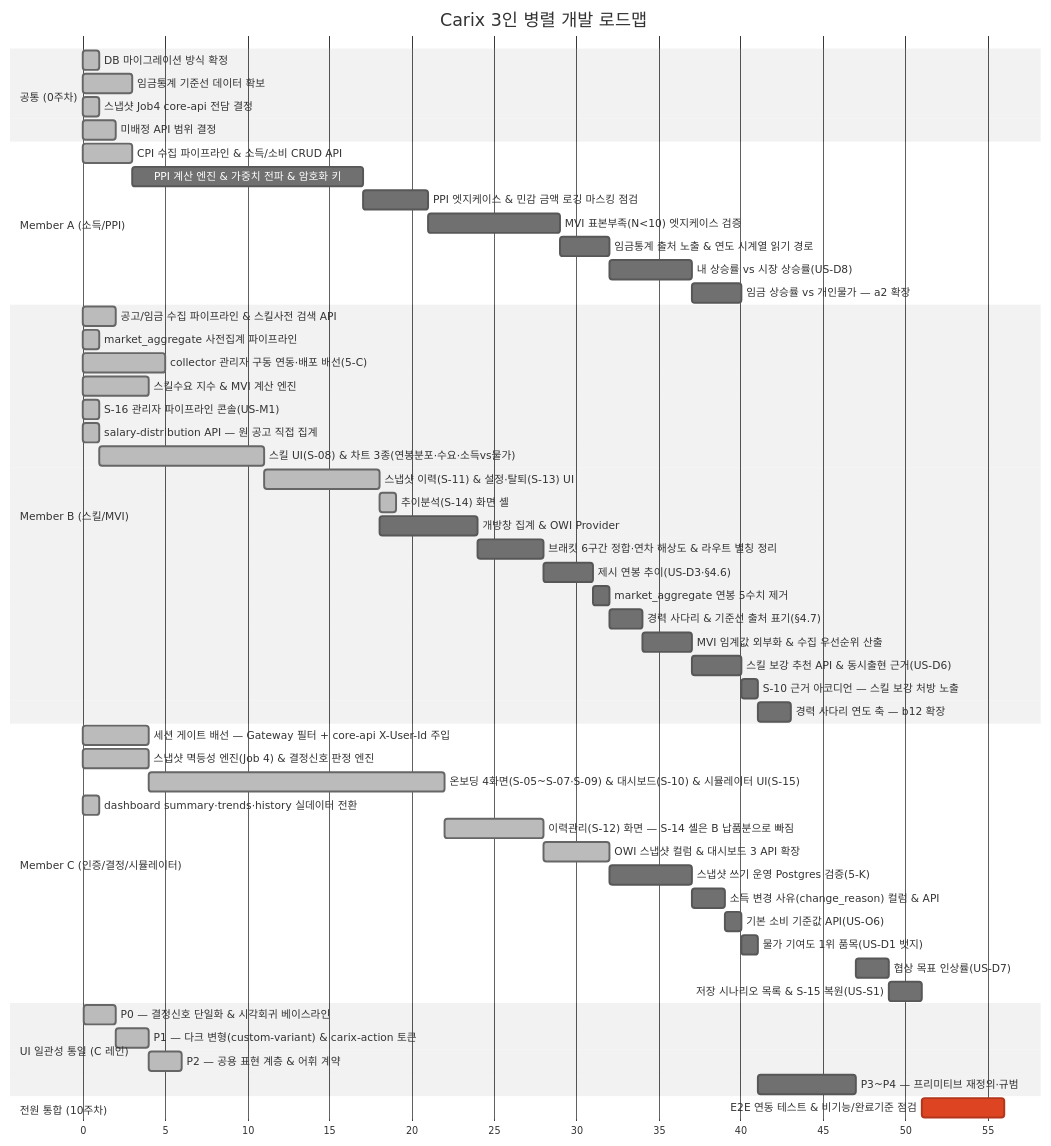
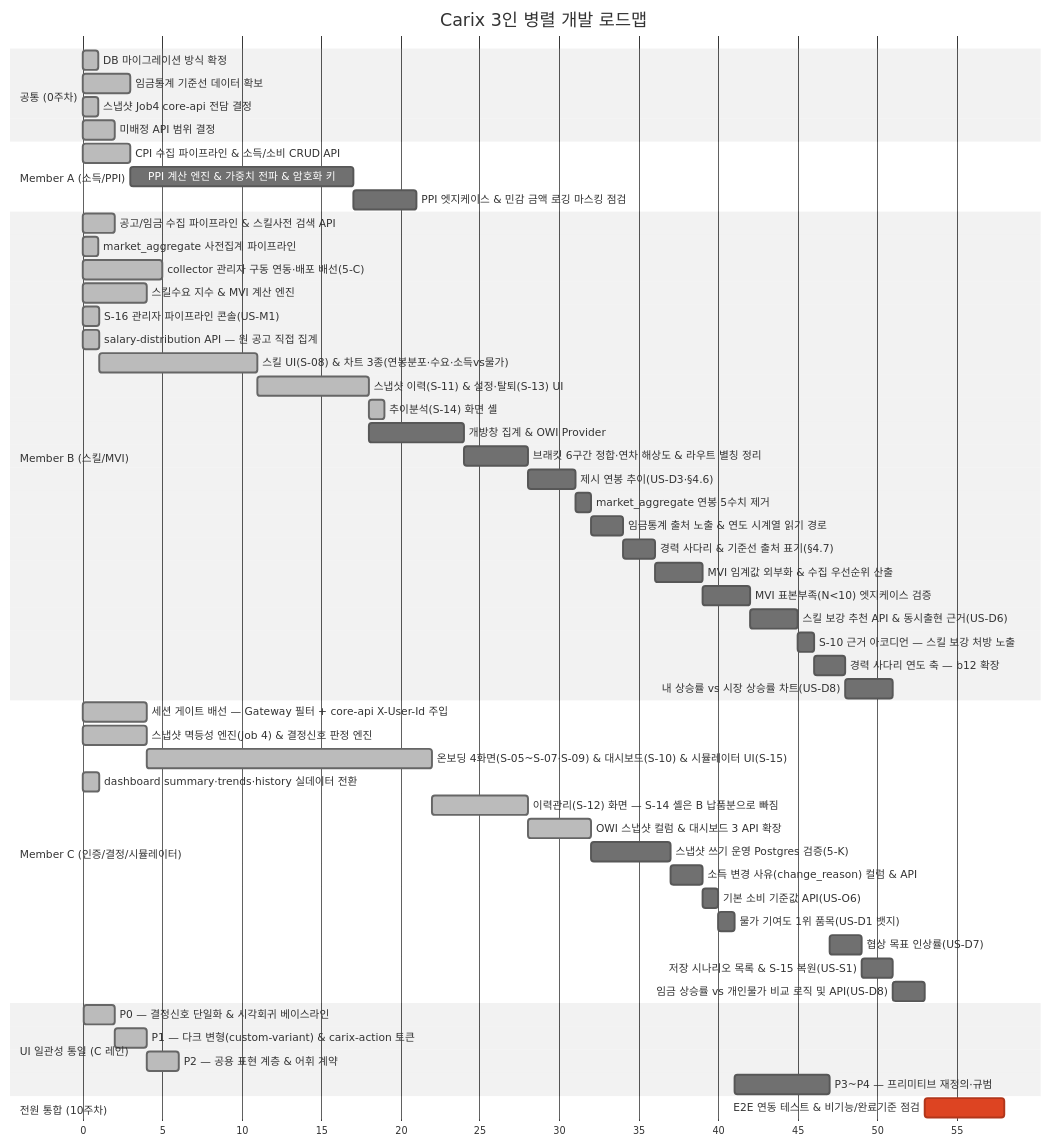
Before and after one commit to SeoHyeokGyu/Carix: the first of 2 diagrams in docs/plans/carix-dev-plan.md, drawn with Mermaid (neutral theme). The commit also changed other lines of this file and 2 other files, not shown here.

````diff
--- a/docs/plans/carix-dev-plan.md
+++ b/docs/plans/carix-dev-plan.md
@@ -89,58 +89,58 @@
 ```mermaid
 gantt
     title Carix 3인 병렬 개발 로드맵
     dateFormat X
     axisFormat %s
     section 공통 (0주차)
     DB 마이그레이션 방식 확정 :done, c0a, 0, 1s
     임금통계 기준선 데이터 확보 :done, a0, 3, 3s
     스냅샷 Job4 core-api 전담 결정 :done, i0, 7, 1s
     미배정 API 범위 결정 :done, c0, 7, 2s
     section Member A (소득/PPI)
     CPI 수집 파이프라인 & 소득/소비 CRUD API :done, a1, 12, 3s
     PPI 계산 엔진 & 가중치 전파 & 암호화 키 :a2, after a1, 14s
     PPI 엣지케이스 & 민감 금액 로깅 마스킹 점검 :a7, after a2, 4s
-    MVI 표본부족(N<10) 엣지케이스 검증 :a8, after a7, 8s
-    임금통계 출처 노출 & 연도 시계열 읽기 경로 :a11, after a8, 3s
-    내 상승률 vs 시장 상승률(US-D8) :a9, after a11, 5s
-    임금 상승률 vs 개인물가 — a2 확장 :a10, after a9, 3s
     section Member B (스킬/MVI)
     공고/임금 수집 파이프라인 & 스킬사전 검색 API :done, b1, 2, 2s
     market_aggregate 사전집계 파이프라인 :done, b2a, 3, 1s
     collector 관리자 구동 연동·배포 배선(5-C) :done, b0, 7, 5s
     스킬수요 지수 & MVI 계산 엔진 :done, b2, 8, 4s
     S-16 관리자 파이프라인 콘솔(US-M1) :done, b16, 14, 1s
     salary-distribution API — 원 공고 직접 집계 :done, b3a, 15, 1s
     스킬 UI(S-08) & 차트 3종(연봉분포·수요·소득vs물가) :done, b3, after b3a, 10s
     스냅샷 이력(S-11) & 설정·탈퇴(S-13) UI :done, b4, after b3, 7s
     추이분석(S-14) 화면 셸 :done, b4a, after b4, 1s
     개방창 집계 & OWI Provider :b6, after b4, 6s
     브래킷 6구간 정합·연차 해상도 & 라우트 별칭 정리 :b7, after b6, 4s
     제시 연봉 추이(US-D3·§4.6) :b10, after b7, 3s
     market_aggregate 연봉 5수치 제거 :b11, after b10, 1s
-    경력 사다리 & 기준선 출처 표기(§4.7) :b12, after b11, 2s
+    임금통계 출처 노출 & 연도 시계열 읽기 경로 :b13, after b11, 2s
+    경력 사다리 & 기준선 출처 표기(§4.7) :b12, after b13, 2s
     MVI 임계값 외부화 & 수집 우선순위 산출 :b8, after b12, 3s
-    스킬 보강 추천 API & 동시출현 근거(US-D6) :b9, after b8, 3s
+    MVI 표본부족(N<10) 엣지케이스 검증 :b8a, after b8, 3s
+    스킬 보강 추천 API & 동시출현 근거(US-D6) :b9, after b8a, 3s
     S-10 근거 아코디언 — 스킬 보강 처방 노출 :b15, after b9, 1s
     경력 사다리 연도 축 — b12 확장 :b14, after b15, 2s
+    내 상승률 vs 시장 상승률 차트(US-D8) :b17, after b14, 3s
     section Member C (인증/결정/시뮬레이터)
     세션 게이트 배선 — Gateway 필터 + core-api X-User-Id 주입 :done, c0b, 7, 4s
     스냅샷 멱등성 엔진(Job 4) & 결정신호 판정 엔진 :done, c2, 8, 4s
     온보딩 4화면(S-05~S-07·S-09) & 대시보드(S-10) & 시뮬레이터 UI(S-15) :done, c3, after c2, 18s
     dashboard summary·trends·history 실데이터 전환 :done, c4a, 15, 1s
     이력관리(S-12) 화면 — S-14 셸은 B 납품분으로 빠짐 :done, c4, after c3, 6s
     OWI 스냅샷 컬럼 & 대시보드 3 API 확장 :done, c6, after c4, 4s
     스냅샷 쓰기 운영 Postgres 검증(5-K) :c5, after c6, 5s
     소득 변경 사유(change_reason) 컬럼 & API :c10, after c5, 2s
     기본 소비 기준값 API(US-O6) :c11, after c10, 1s
     물가 기여도 1위 품목(US-D1 뱃지) :c12, after c11, 1s
     협상 목표 인상률(US-D7) :c8, after ui3, 2s
     저장 시나리오 목록 & S-15 복원(US-S1) :c9, after c8, 2s
+    임금 상승률 vs 개인물가 비교 로직 및 API(US-D8) :c13, after c9, 2s
     section UI 일관성 통일 (C 레인)
     P0 — 결정신호 단일화 & 시각회귀 베이스라인 :done, ui0, 33, 2s
     P1 — 다크 변형(custom-variant) & carix-action 토큰 :done, ui1, after ui0, 2s
     P2 — 공용 표현 계층 & 어휘 계약 :done, ui2, after ui1, 2s
     P3~P4 — 프리미티브 재정의·규범 :ui3, after c12, 6s
     section 전원 통합 (10주차)
-    E2E 연동 테스트 & 비기능/완료기준 점검 :crit, e2e, after a10 b14 c9, 5s
+    E2E 연동 테스트 & 비기능/완료기준 점검 :crit, e2e, after b17 c13, 5s
 ```
````
